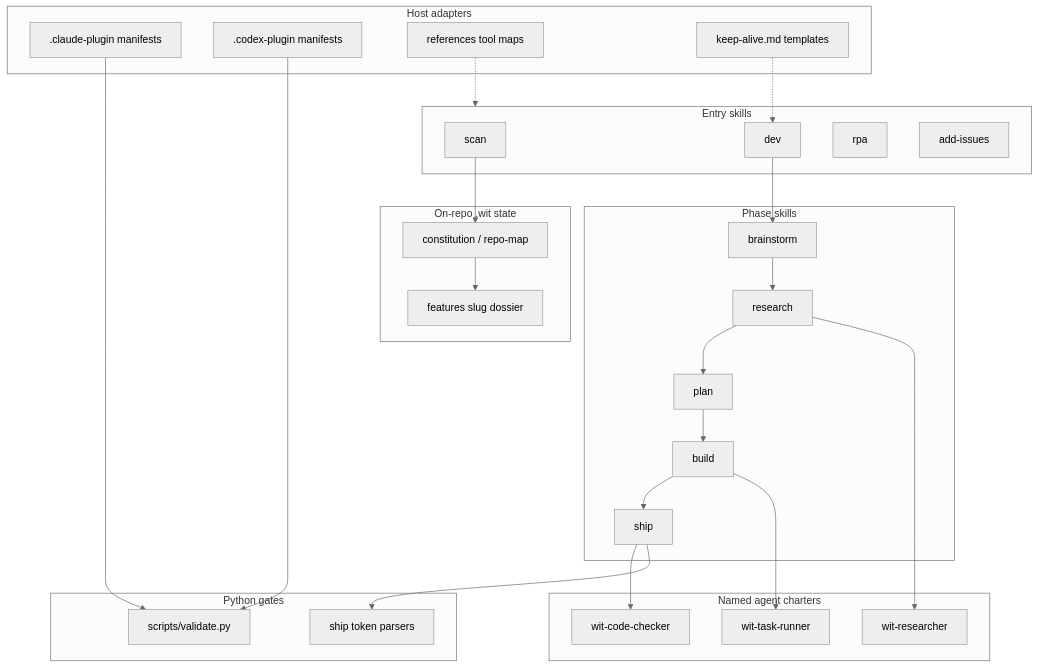
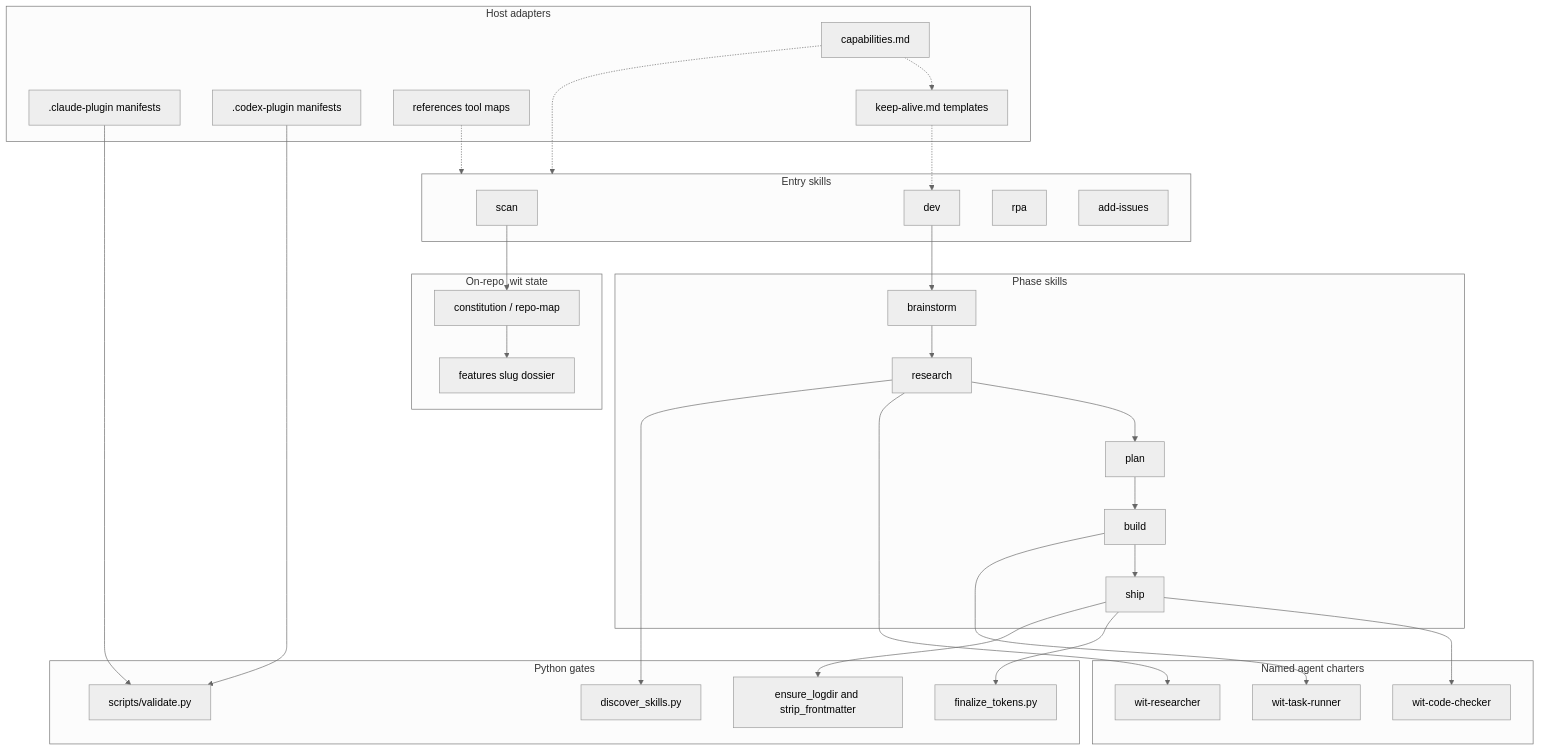
One commit to Wittenberger-Industries/witloop changed the diagram in .wit/architecture.md. Above: the diagram before and after it, drawn with Mermaid (neutral theme). The commit also changed other lines of this file and 3 other files, not shown here.

Commit message:
docs(0001-cursor-capability-table): architecture and overview for the Cursor host

````diff
--- a/.wit/architecture.md
+++ b/.wit/architecture.md
@@ -11,50 +11,57 @@
 ```mermaid
 flowchart TD
   subgraph hosts["Host adapters"]
     claude_mf[".claude-plugin manifests"]
     codex_mf[".codex-plugin manifests"]
+    caps["capabilities.md"]
     toolmaps["references tool maps"]
     keepalive["keep-alive.md templates"]
   end
   subgraph entry["Entry skills"]
     scan_sk["scan"]
     dev_sk["dev"]
     rpa_sk["rpa"]
     addissues["add-issues"]
   end
   subgraph phases["Phase skills"]
     brainstorm_sk["brainstorm"]
     research_sk["research"]
     plan_sk["plan"]
     build_sk["build"]
     ship_sk["ship"]
   end
   subgraph named["Named agent charters"]
     researcher["wit-researcher"]
     runner["wit-task-runner"]
     checker["wit-code-checker"]
   end
   subgraph py["Python gates"]
     validate_py["scripts/validate.py"]
-    token_py["ship token parsers"]
+    token_py["finalize_tokens.py"]
+    posix_py["ensure_logdir and strip_frontmatter"]
+    discover_py["discover_skills.py"]
   end
   subgraph onrepo["On-repo .wit state"]
     constitution["constitution / repo-map"]
     featuredir["features slug dossier"]
   end
   scan_sk --> constitution
   dev_sk --> brainstorm_sk
   brainstorm_sk --> research_sk
   research_sk --> plan_sk
   plan_sk --> build_sk
   build_sk --> ship_sk
   research_sk --> researcher
   build_sk --> runner
   ship_sk --> checker
   ship_sk --> token_py
+  ship_sk --> posix_py
+  research_sk --> discover_py
+  caps -.-> entry
+  caps -.-> keepalive
   toolmaps -.-> entry
   keepalive -.-> dev_sk
   claude_mf --> validate_py
   codex_mf --> validate_py
   constitution --> featuredir
 ```
````
